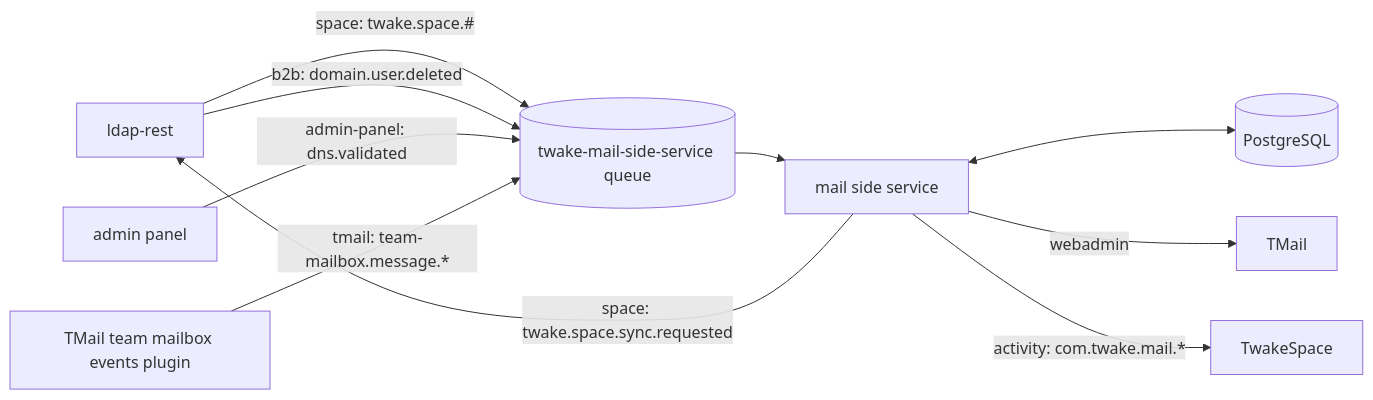
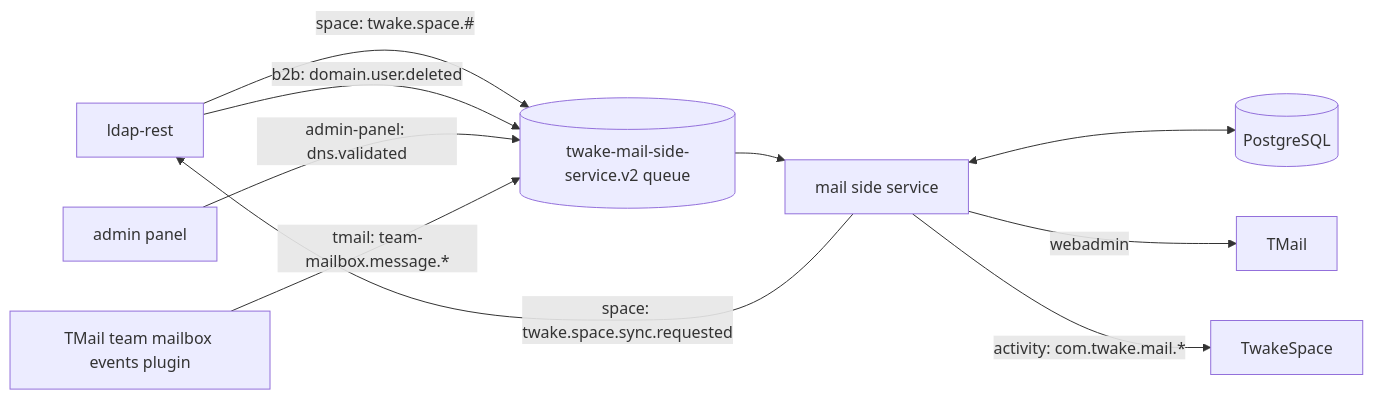
One commit to linagora/twake-mail-side-service changed the first of 3 diagrams in docs/architecture.md. Above: the diagram before and after it, drawn with Mermaid. The commit also changed other lines of this file and 10 other files, not shown here.

````diff
--- a/docs/architecture.md
+++ b/docs/architecture.md
@@ -9,12 +9,12 @@
 ```mermaid
 flowchart LR
-  ldap[ldap-rest] -->|space: twake.space.#| q[(twake-mail-side-service queue)]
+  ldap[ldap-rest] -->|space: twake.space.#| q[(twake-mail-side-service.v2 queue)]
   ldap -->|b2b: domain.user.deleted| q
   admin[admin panel] -->|admin-panel: dns.validated| q
   plugin[TMail team mailbox events plugin] -->|tmail: team-mailbox.message.*| q
   q --> svc[mail side service]
   svc <--> db[(PostgreSQL)]
   svc -->|webadmin| tmail[TMail]
   svc -->|activity: com.twake.mail.*| space[TwakeSpace]
   svc -->|space: twake.space.sync.requested| ldap
 ```
````
